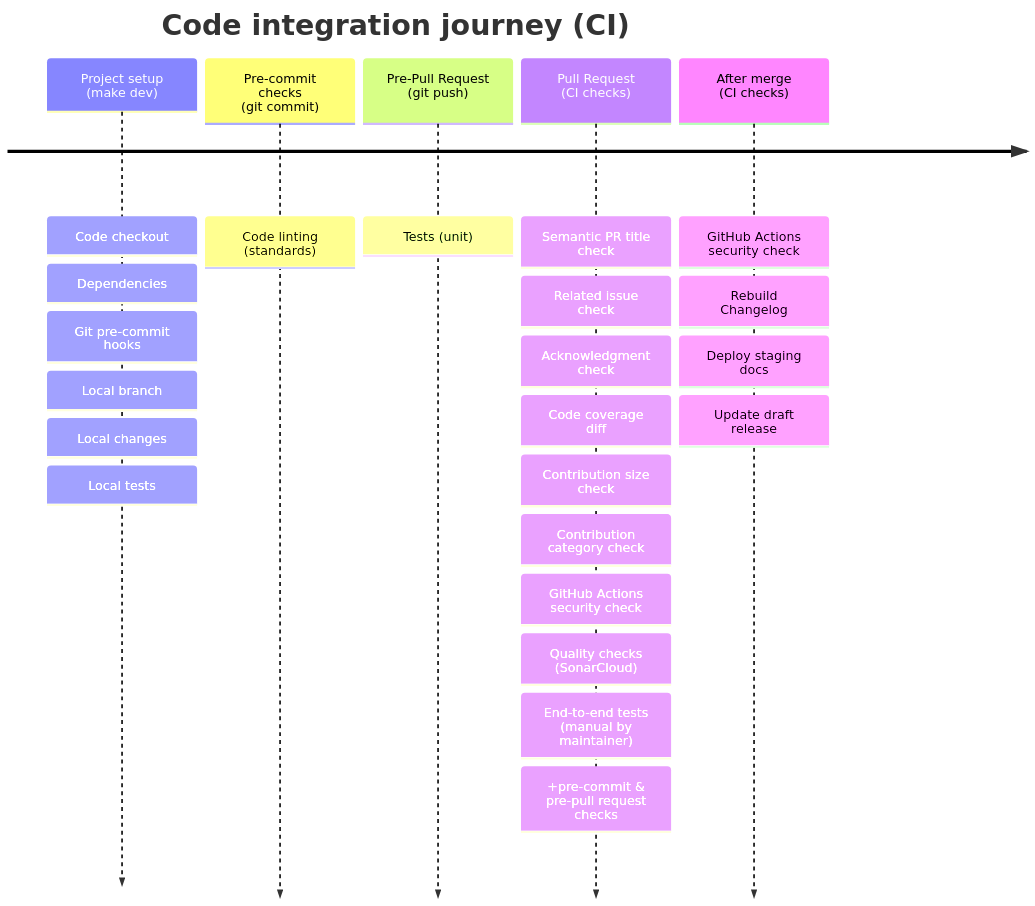
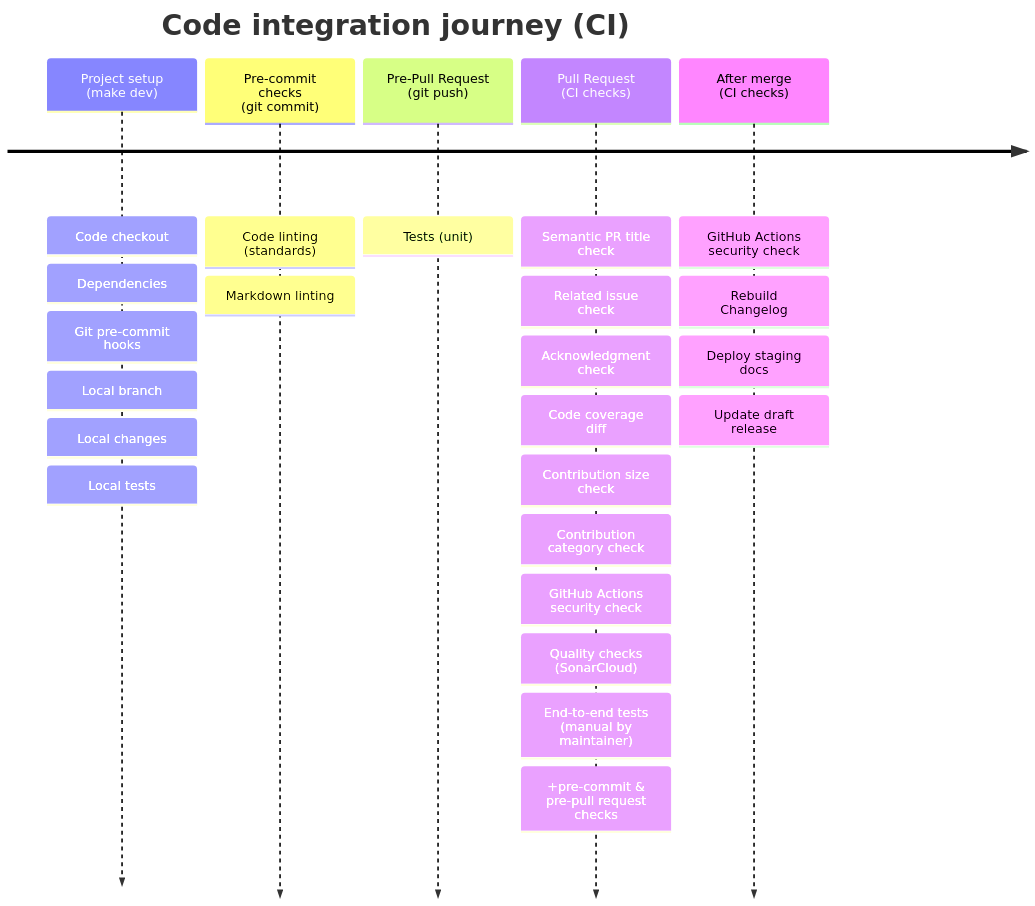
Before and after one commit to aws-powertools/powertools-lambda-typescript: the diagram in CONTRIBUTING.md, drawn with Mermaid. The commit also changed other lines of this file and 28 other files, not shown here.

````diff
--- a/CONTRIBUTING.md
+++ b/CONTRIBUTING.md
@@ -41,30 +45,31 @@
 ```mermaid
 timeline
     title Code integration journey (CI)
     Project setup <br> (make dev)   : Code checkout
                                     : Dependencies
                                     : Git pre-commit hooks
                                     : Local branch
                                     : Local changes
                                     : Local tests
 
     Pre-commit checks <br> (git commit)   : Code linting (standards)
+                                          : Markdown linting
 
     Pre-Pull Request <br> (git push)   : Tests (unit)
 
     Pull Request <br> (CI checks)   : Semantic PR title check
                                     : Related issue check
                                     : Acknowledgment check
                                     : Code coverage diff
                                     : Contribution size check
                                     : Contribution category check
                                     : GitHub Actions security check
                                     : Quality checks (SonarCloud)
                                     : End-to-end tests (manual by maintainer)
                                     : +pre-commit & pre-pull request checks
 
     After merge <br> (CI checks)    : GitHub Actions security check
                                     : Rebuild Changelog
                                     : Deploy staging docs
                                     : Update draft release
 ```
````
